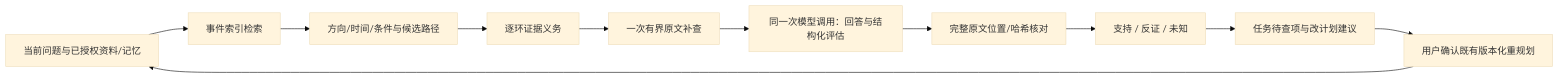
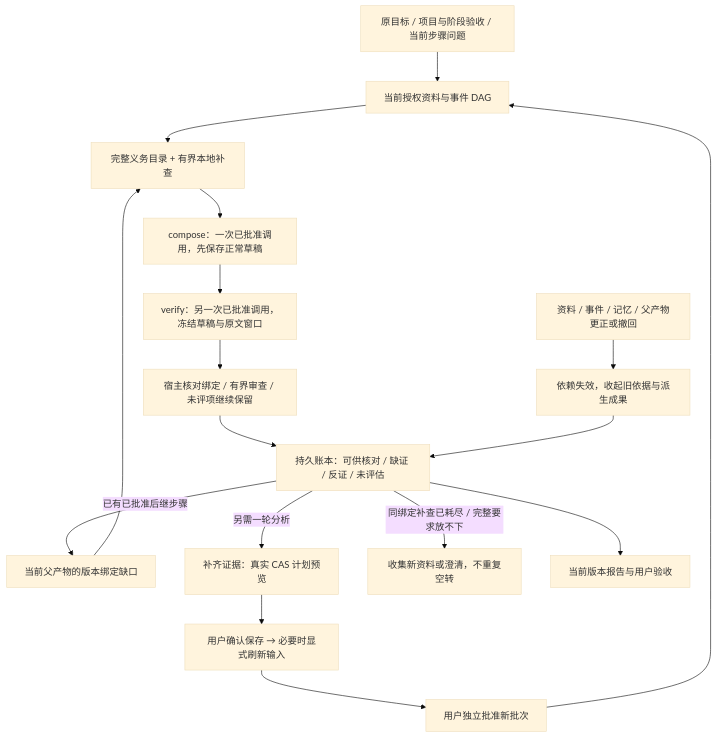
Before and after one commit to Yang-Jiashu/Doc-thinker: the third of 3 diagrams in docs/LONG_PROJECT_RUNTIME.md, drawn with Mermaid (base theme). The commit also changed other lines of this file and 83 other files, not shown here.

````diff
--- a/docs/LONG_PROJECT_RUNTIME.md
+++ b/docs/LONG_PROJECT_RUNTIME.md
@@ -180,13 +187,19 @@
 ```mermaid
-flowchart LR
-    A[当前问题与已授权资料/记忆] --> B[事件索引检索]
-    B --> C[方向/时间/条件与候选路径]
-    C --> D[逐环证据义务]
-    D --> E[一次有界原文补查]
-    E --> F[同一次模型调用：回答与结构化评估]
-    F --> G[完整原文位置/哈希核对]
-    G --> H[支持 / 反证 / 未知]
-    H --> I[任务待查项与改计划建议]
-    I --> J[用户确认既有版本化重规划]
-    J --> A
+flowchart TD
+    A[原目标 / 项目与阶段验收 / 当前步骤问题] --> B[当前授权资料与事件 DAG]
+    B --> C[完整义务目录 + 有界本地补查]
+    P[当前父产物的版本绑定缺口] --> C
+    C --> D[compose：一次已批准调用，先保存正常草稿]
+    D --> F[verify：另一次已批准调用，冻结草稿与原文窗口]
+    F --> E[宿主核对绑定 / 有界审查 / 未评项继续保留]
+    E --> L[持久账本：可供核对 / 缺证 / 反证 / 未评估]
+    L -->|已有已批准后继步骤| P
+    L -->|另需一轮分析| R[补齐证据：真实 CAS 计划预览]
+    R --> S[用户确认保存 → 必要时显式刷新输入]
+    S --> U[用户独立批准新批次]
+    U --> B
+    L -->|同绑定补查已耗尽 / 完整要求放不下| W[收集新资料或澄清，不重复空转]
+    L --> V[当前版本报告与用户验收]
+    X[资料 / 事件 / 记忆 / 父产物更正或撤回] --> I[依赖失效，收起旧依据与派生成果]
+    I --> L
 ```
````
